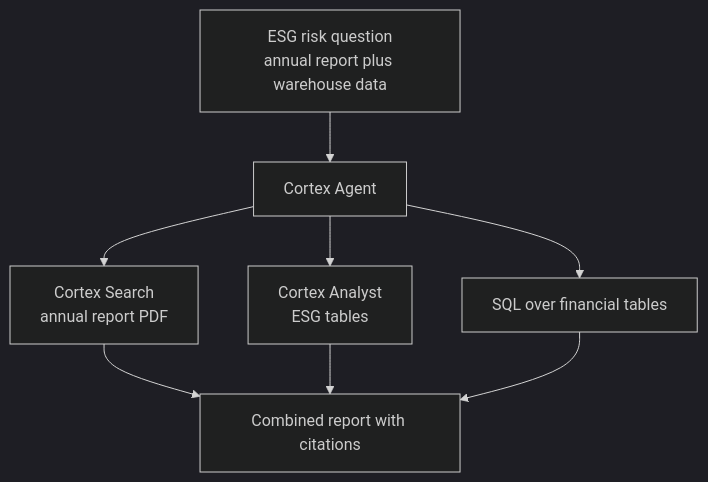
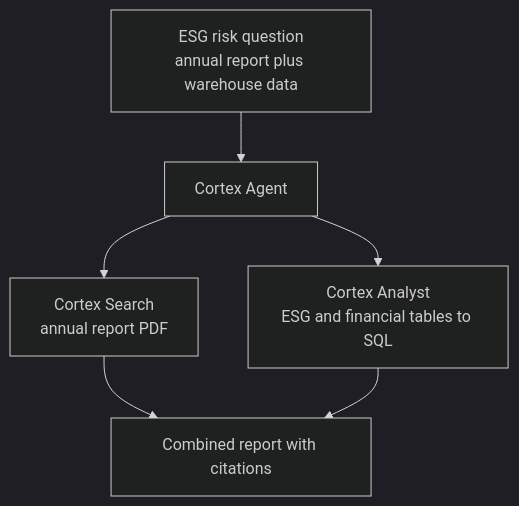
One commit to devweekly/devweekly.github.io changed the fifth of 10 diagrams in temp/Snowflake Agent体系-成稿.md. Above: the diagram before and after it, drawn with Mermaid (dark theme). The commit also changed other lines of this file, not shown here.

````diff
--- a/temp/Snowflake Agent体系-成稿.md
+++ b/temp/Snowflake Agent体系-成稿.md
@@ -193,17 +193,14 @@
 ```mermaid
 flowchart TD
     Q["ESG risk question<br/>annual report plus warehouse data"]
     CA["Cortex Agent"]
     CS["Cortex Search<br/>annual report PDF"]
-    AN["Cortex Analyst<br/>ESG tables"]
-    SQ["SQL over financial tables"]
+    AN["Cortex Analyst<br/>ESG and financial tables to SQL"]
     R["Combined report with citations"]
 
     Q --> CA
     CA --> CS
     CA --> AN
-    CA --> SQ
     CS --> R
     AN --> R
-    SQ --> R
 ```
````
